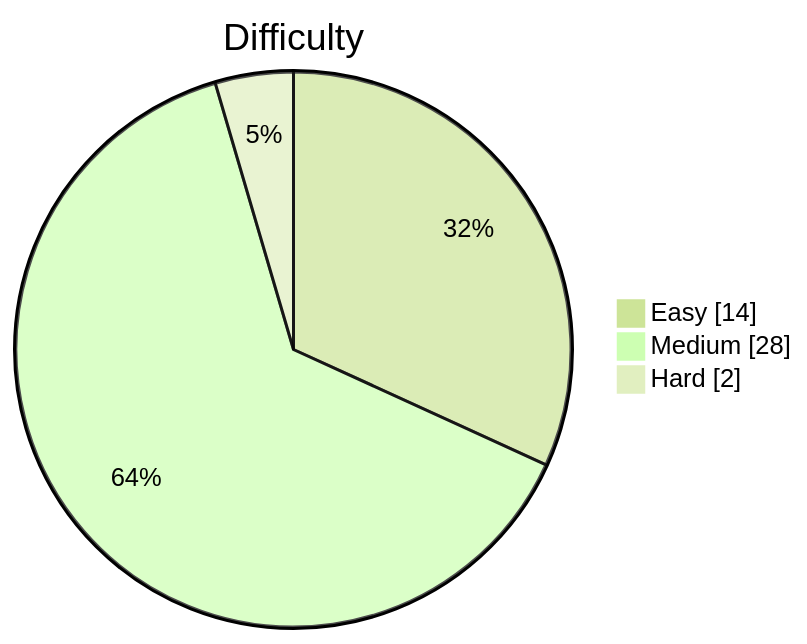
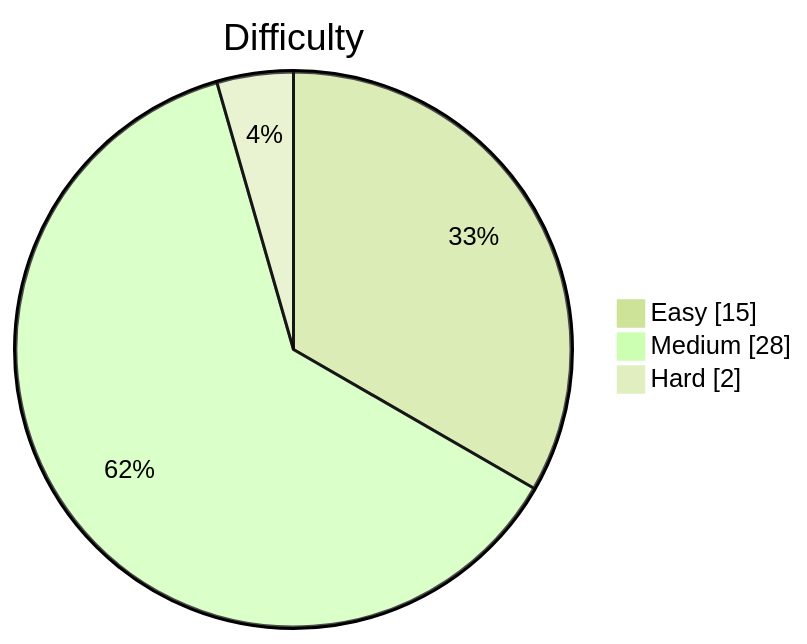
One commit to kevstevie/python-algo-practice changed the diagram in README.md. Above: the diagram before and after it, drawn with Mermaid (forest theme). The commit also changed other lines of this file, not shown here.

````diff
--- a/README.md
+++ b/README.md
@@ -13,7 +13,7 @@
 ```mermaid
 pie showData
     title Difficulty
-    "Easy"   : 14
+    "Easy"   : 15
     "Medium" : 28
     "Hard"   : 2
 ```
````
